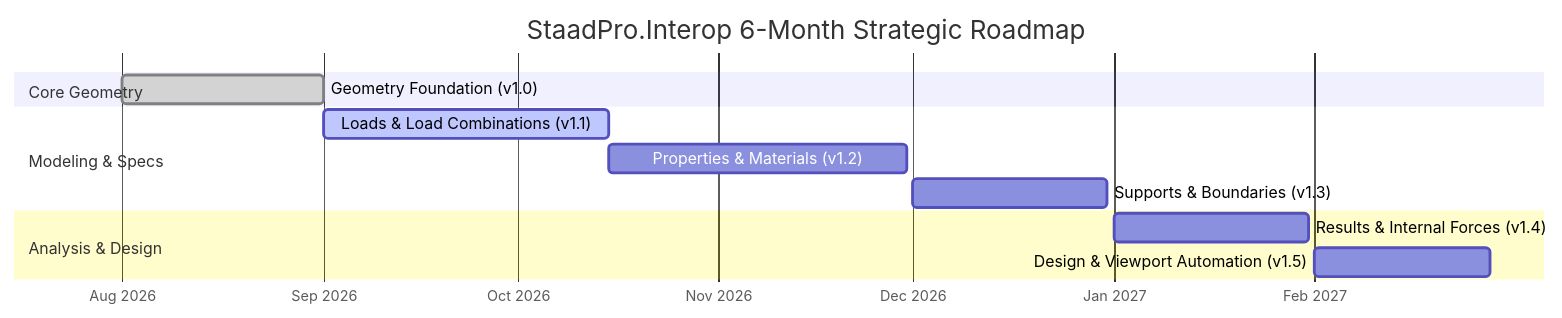
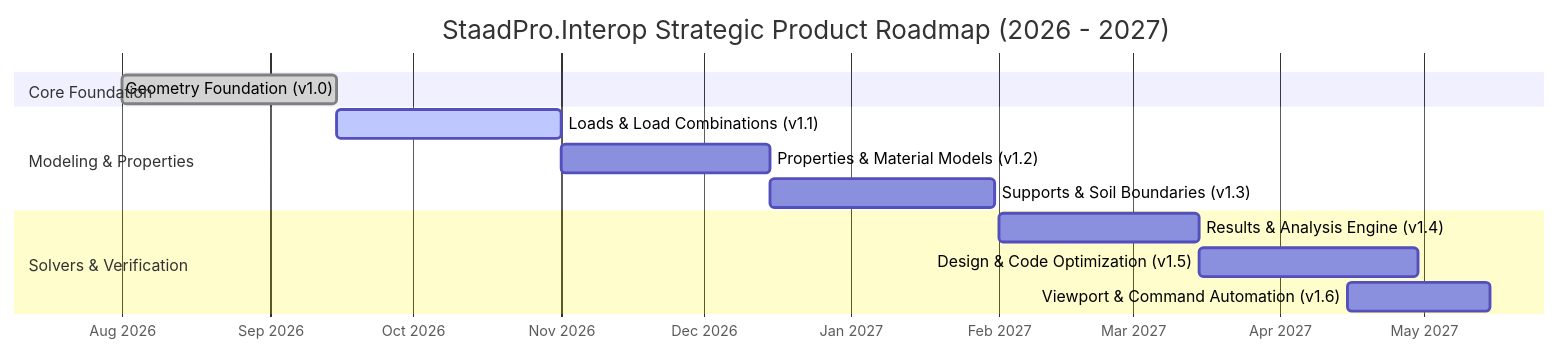
One commit to structuraldeveloper/StaadPro.Interop changed the diagram in ROADMAP.md. Above: the diagram before and after it, drawn with Mermaid. The commit also changed other lines of this file, not shown here.

Commit message:
docs(roadmap): Expanded roadmap to 8-month horizon across natural milestones

````diff
--- a/ROADMAP.md
+++ b/ROADMAP.md
@@ -11,15 +11,16 @@
 ```mermaid
 gantt
-    title StaadPro.Interop 6-Month Strategic Roadmap
+    title StaadPro.Interop Strategic Product Roadmap (2026 - 2027)
     dateFormat YYYY-MM-DD
     axisFormat %b %Y
-    section Core Geometry
-    Geometry Foundation (v1.0)           :done, g1, 2026-08-01, 2026-09-01
-    section Modeling & Specs
-    Loads & Load Combinations (v1.1)     :active, l1, 2026-09-01, 2026-10-15
-    Properties & Materials (v1.2)        :p1, 2026-10-15, 2026-11-30
-    Supports & Boundaries (v1.3)         :s1, 2026-12-01, 2026-12-31
-    section Analysis & Design
-    Results & Internal Forces (v1.4)     :r1, 2027-01-01, 2027-01-31
-    Design & Viewport Automation (v1.5)  :d1, 2027-02-01, 2027-02-28
+    section Core Foundation
+    Geometry Foundation (v1.0)              :done, g1, 2026-08-01, 2026-09-15
+    section Modeling & Properties
+    Loads & Load Combinations (v1.1)        :active, l1, 2026-09-15, 2026-11-01
+    Properties & Material Models (v1.2)     :p1, 2026-11-01, 2026-12-15
+    Supports & Soil Boundaries (v1.3)       :s1, 2026-12-15, 2027-01-31
+    section Solvers & Verification
+    Results & Analysis Engine (v1.4)        :r1, 2027-02-01, 2027-03-15
+    Design & Code Optimization (v1.5)       :d1, 2027-03-15, 2027-04-30
+    Viewport & Command Automation (v1.6)    :v1, 2027-04-15, 2027-05-15
 ```
````
